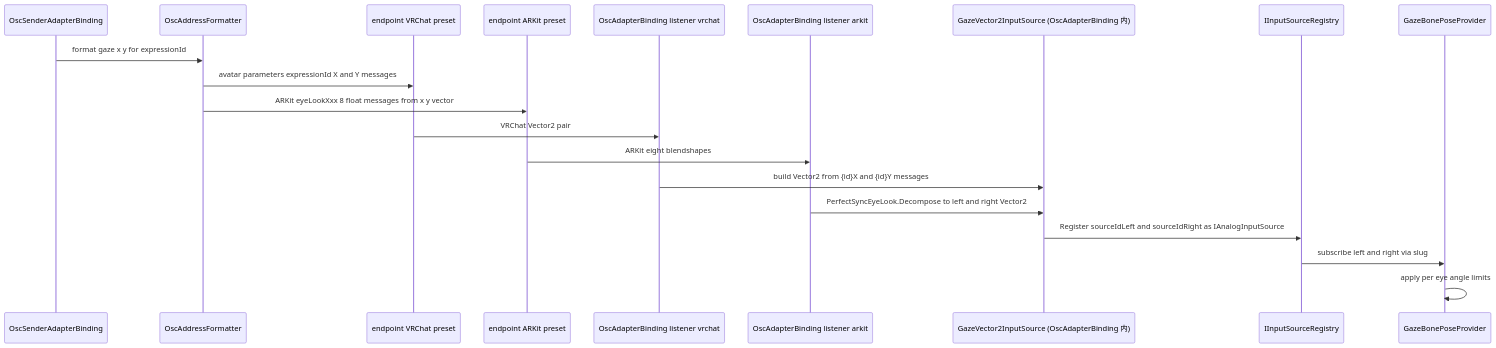
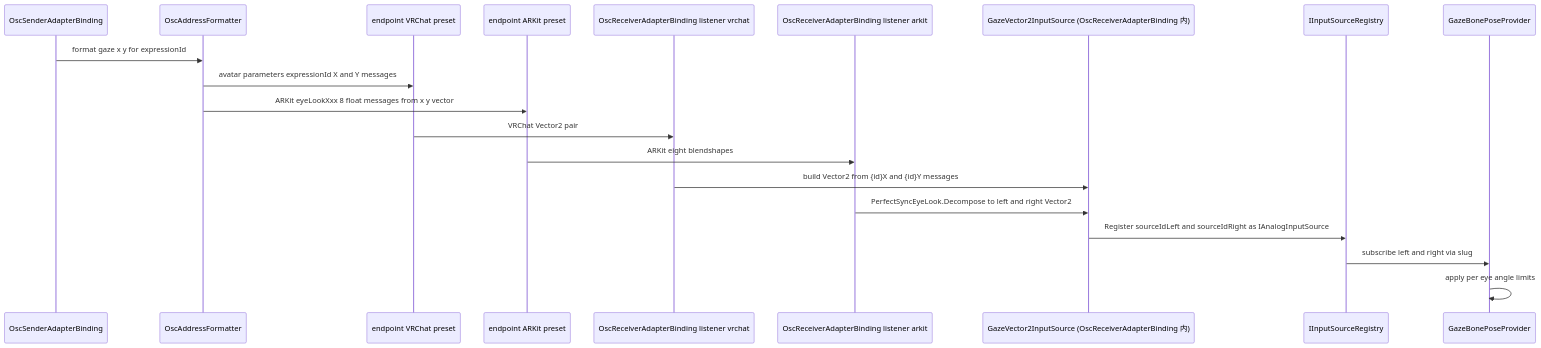
Before and after one commit to UNVGI/UnvgiFacialControl: the fourth of 5 diagrams in .kiro/specs/osc-output-binding/design.md, drawn with Mermaid. The commit also changed other lines of this file and 71 other files, not shown here.

````diff
--- a/.kiro/specs/osc-output-binding/design.md
+++ b/.kiro/specs/osc-output-binding/design.md
@@ -335,23 +335,23 @@
 ```mermaid
 sequenceDiagram
     participant Sender as OscSenderAdapterBinding
     participant Fmt as OscAddressFormatter
     participant ESVa as endpoint VRChat preset
     participant ESAk as endpoint ARKit preset
-    participant RcvVR as OscAdapterBinding listener vrchat
-    participant RcvAK as OscAdapterBinding listener arkit
-    participant GazeSrc as GazeVector2InputSource (OscAdapterBinding 内)
+    participant RcvVR as OscReceiverAdapterBinding listener vrchat
+    participant RcvAK as OscReceiverAdapterBinding listener arkit
+    participant GazeSrc as GazeVector2InputSource (OscReceiverAdapterBinding 内)
     participant Registry as IInputSourceRegistry
     participant PoseProvider as GazeBonePoseProvider
 
     Sender->>Fmt: format gaze x y for expressionId
     Fmt->>ESVa: avatar parameters expressionId X and Y messages
     Fmt->>ESAk: ARKit eyeLookXxx 8 float messages from x y vector
     ESVa->>RcvVR: VRChat Vector2 pair
     ESAk->>RcvAK: ARKit eight blendshapes
     RcvVR->>GazeSrc: build Vector2 from {id}X and {id}Y messages
     RcvAK->>GazeSrc: PerfectSyncEyeLook.Decompose to left and right Vector2
     GazeSrc->>Registry: Register sourceIdLeft and sourceIdRight as IAnalogInputSource
     Registry->>PoseProvider: subscribe left and right via slug
     PoseProvider->>PoseProvider: apply per eye angle limits
 ```
````
